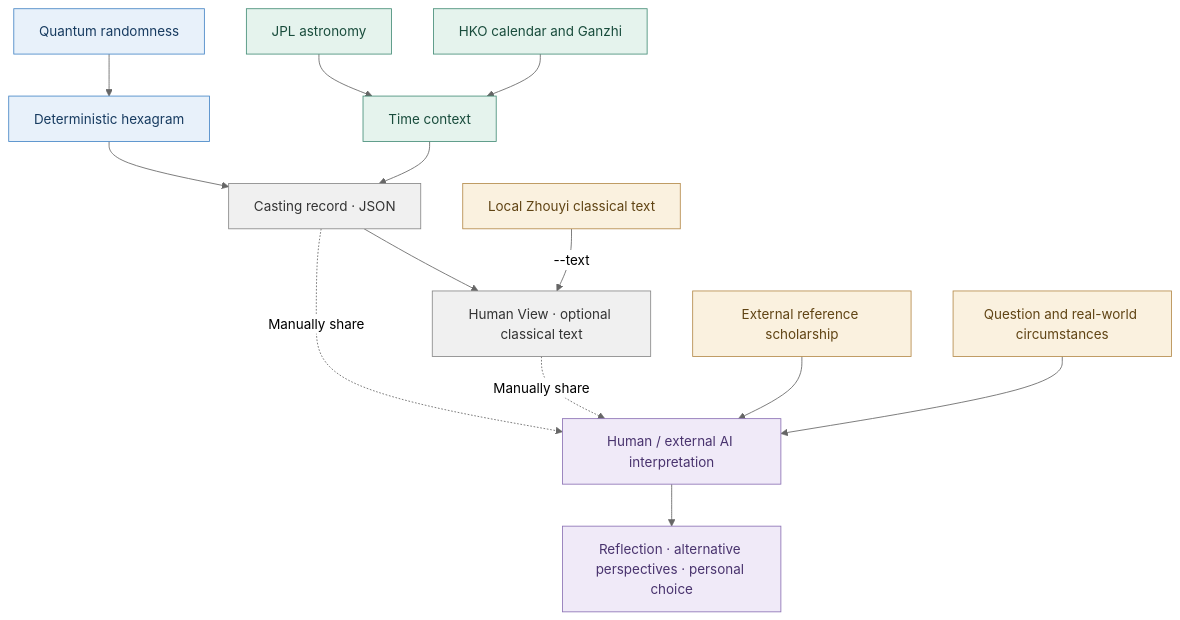
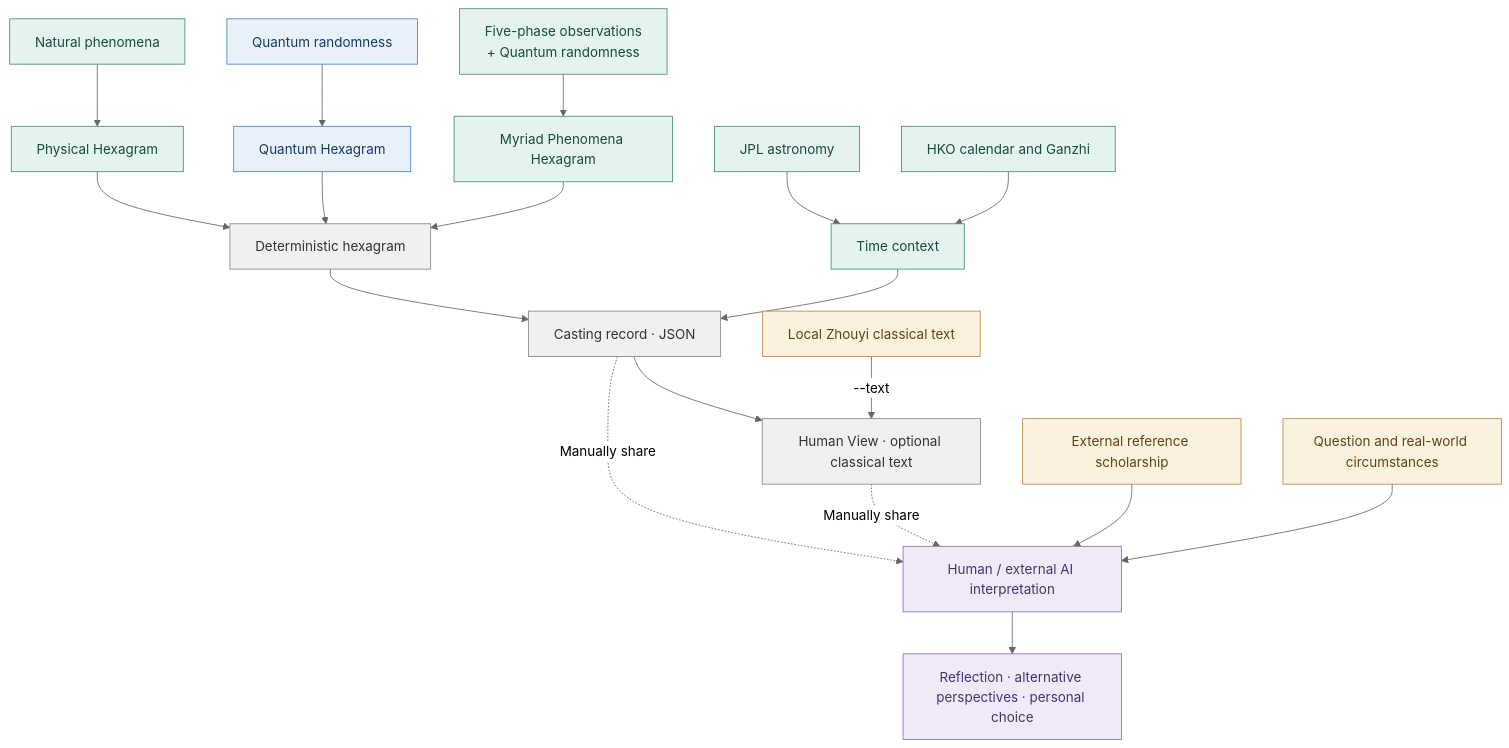
One commit to cctsao1008/trng-iching changed the diagram in README.md. Above: the diagram before and after it, drawn with Mermaid (neutral theme). The commit also changed other lines of this file, not shown here.

Commit message:
docs: unify three hexagram architecture paths in README.md

````diff
--- a/README.md
+++ b/README.md
@@ -236,26 +236,33 @@
 ```mermaid
 flowchart TD
-    Q["Quantum randomness"] --> H["Deterministic hexagram"]
+    N["Natural phenomena"] --> PH["Physical Hexagram"]
+    Q["Quantum randomness"] --> QH["Quantum Hexagram"]
+    F["Five-phase observations<br/>+ Quantum randomness"] --> MH["Myriad Phenomena Hexagram"]
+
+    PH --> H["Deterministic hexagram"]
+    QH --> H
+    MH --> H
+
     A["JPL astronomy"] --> T["Time context"]
     C["HKO calendar and Ganzhi"] --> T
     H --> R["Casting record · JSON"]
     T --> R
     R --> V["Human View · optional classical text"]
     Z["Local Zhouyi classical text"] -->|"--text"| V
     R -. Manually share .-> I["Human / external AI interpretation"]
     V -. Manually share .-> I
     S["External reference scholarship"] --> I
     P["Question and real-world circumstances"] --> I
     I --> O["Reflection · alternative perspectives · personal choice"]
 
     classDef randomness fill:#e8f1fa,stroke:#4786c6,color:#173b60
     classDef science fill:#e5f3ed,stroke:#468e78,color:#194c3c
     classDef record fill:#f0f0f0,stroke:#888,color:#333
     classDef references fill:#faf1df,stroke:#b58b4b,color:#604414
     classDef reflection fill:#f0eaf8,stroke:#8c72b5,color:#49336e
-    class Q,H randomness
-    class A,C,T science
-    class R,V record
+    class Q,QH randomness
+    class N,PH,F,MH,A,C,T science
+    class H,R,V record
     class Z,S,P references
     class I,O reflection
 ```
````
